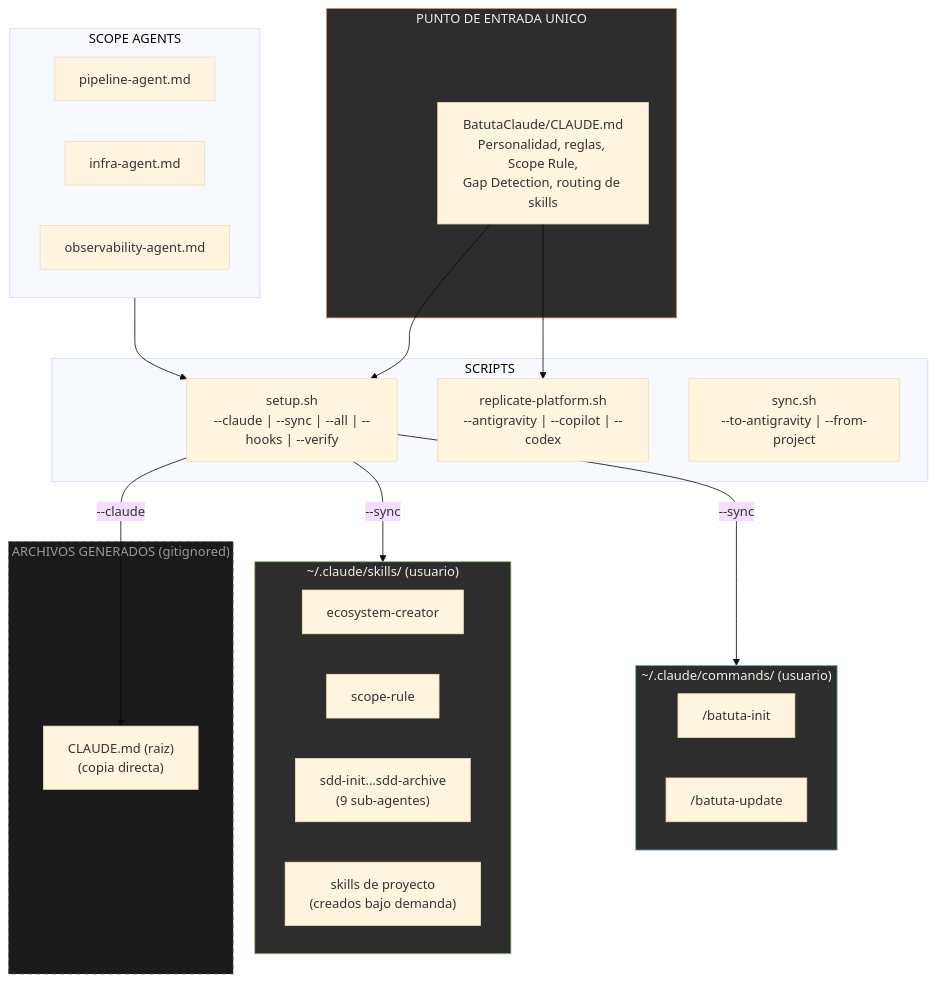
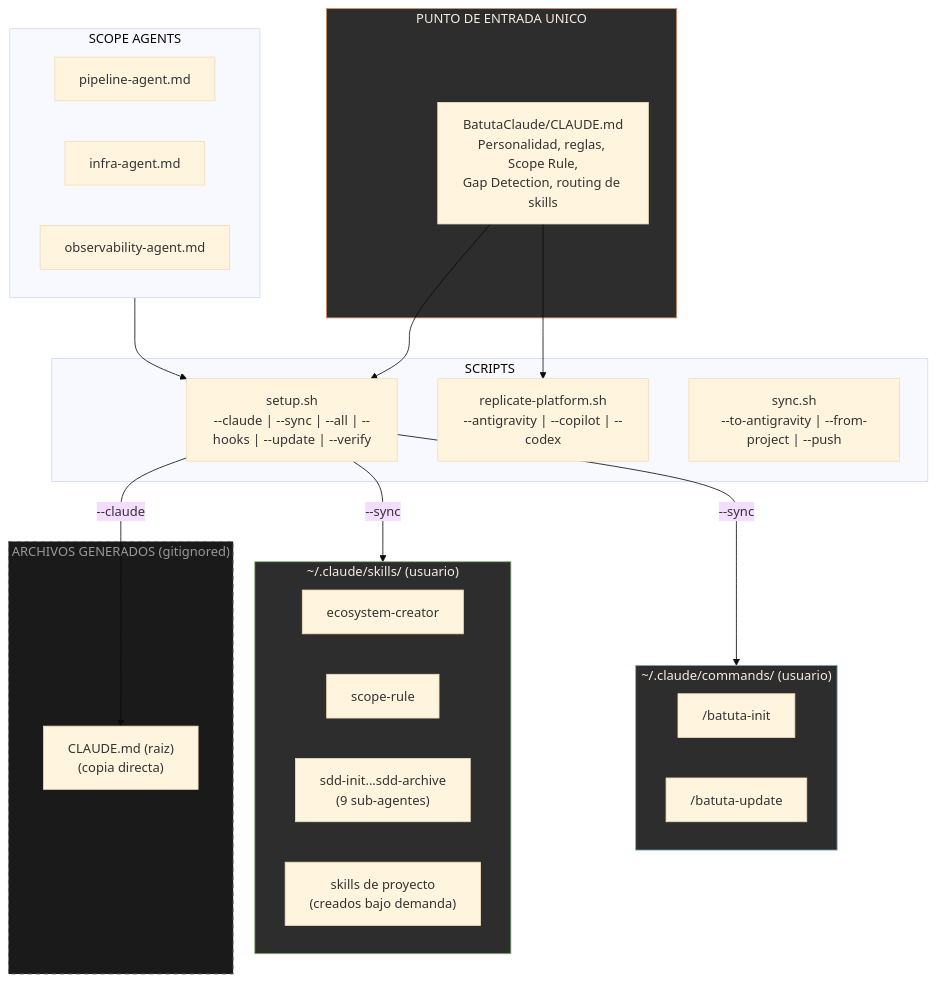
One commit to jota-batuta/batuta-dots changed the first of 23 diagrams in docs/architecture/arquitectura-diagrama.md. Above: the diagram before and after it, drawn with Mermaid (base theme). The commit also changed other lines of this file and 7 other files, not shown here.

First line of the commit message:
docs: update guides and architecture for PR #8 changes

````diff
--- a/docs/architecture/arquitectura-diagrama.md
+++ b/docs/architecture/arquitectura-diagrama.md
@@ -5,46 +5,46 @@
 ```mermaid
 flowchart TB
     subgraph FUENTE["PUNTO DE ENTRADA UNICO"]
         CLAUDE_SRC["BatutaClaude/CLAUDE.md<br/>Personalidad, reglas, Scope Rule,<br/>Gap Detection, routing de skills"]
     end
 
     subgraph AGENTS_SRC["SCOPE AGENTS"]
         AG_PIPELINE["pipeline-agent.md"]
         AG_INFRA["infra-agent.md"]
         AG_OBS["observability-agent.md"]
     end
 
     subgraph SETUP["SCRIPTS"]
-        SETUP_SH["setup.sh<br/>--claude | --sync | --all | --hooks | --verify"]
+        SETUP_SH["setup.sh<br/>--claude | --sync | --all | --hooks | --update | --verify"]
         REPLICATE["replicate-platform.sh<br/>--antigravity | --copilot | --codex"]
-        SYNC_BI["sync.sh<br/>--to-antigravity | --from-project"]
+        SYNC_BI["sync.sh<br/>--to-antigravity | --from-project | --push"]
     end
 
     subgraph GENERADO["ARCHIVOS GENERADOS (gitignored)"]
         CLAUDE_GEN["CLAUDE.md (raiz)<br/>(copia directa)"]
     end
 
     subgraph SKILLS_LOCAL["~/.claude/skills/ (usuario)"]
         SK_ECO["ecosystem-creator"]
         SK_SCOPE["scope-rule"]
         SK_SDD["sdd-init...sdd-archive<br/>(9 sub-agentes)"]
         SK_PROJECT["skills de proyecto<br/>(creados bajo demanda)"]
     end
 
     subgraph COMMANDS_LOCAL["~/.claude/commands/ (usuario)"]
         CMD_INIT["/batuta-init"]
         CMD_UPDATE["/batuta-update"]
     end
 
     CLAUDE_SRC --> SETUP_SH
     AGENTS_SRC --> SETUP_SH
     SETUP_SH -->|"--claude"| CLAUDE_GEN
     SETUP_SH -->|"--sync"| SKILLS_LOCAL
     SETUP_SH -->|"--sync"| COMMANDS_LOCAL
     CLAUDE_SRC --> REPLICATE
 
     style FUENTE fill:#2d2d2d,stroke:#D4956A,color:#F5EDE4
     style GENERADO fill:#1a1a1a,stroke:#666,color:#999,stroke-dasharray: 5 5
     style SKILLS_LOCAL fill:#2d2d2d,stroke:#8BB87A,color:#F5EDE4
     style COMMANDS_LOCAL fill:#2d2d2d,stroke:#7AAFC4,color:#F5EDE4
 ```
````
